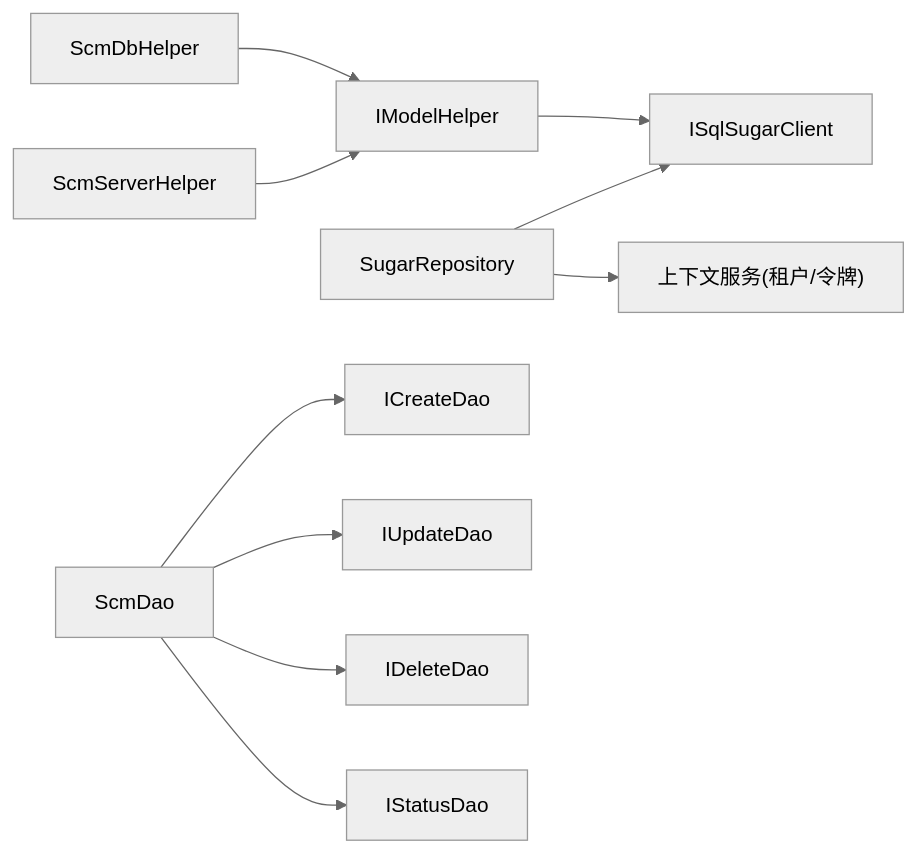
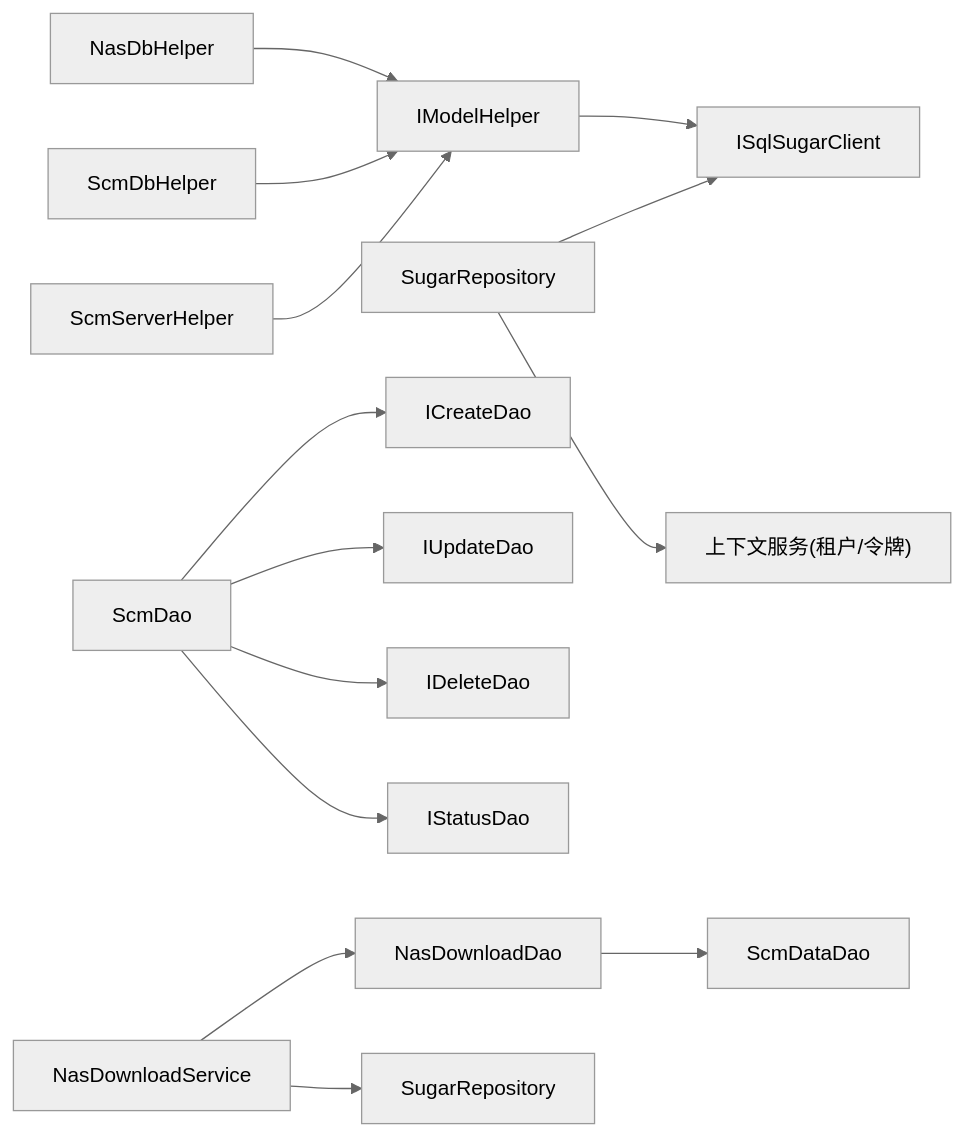
Before and after one commit to leadiot/Scm.Net: the eighth of 8 diagrams in .qoder/repowiki/zh/content/数据访问层/数据访问层.md, drawn with Mermaid (neutral theme). The commit also changed other lines of this file and 10 other files, not shown here.

````diff
--- a/.qoder/repowiki/zh/content/数据访问层/数据访问层.md
+++ b/.qoder/repowiki/zh/content/数据访问层/数据访问层.md
@@ -329,12 +478,16 @@
 ```mermaid
 graph LR
 SR["SugarRepository<T>"] --> Sugar["ISqlSugarClient"]
 SR --> Ctx["上下文服务(租户/令牌)"]
 IMH["IModelHelper"] --> Sugar
 SSH["ScmServerHelper"] --> IMH
 SDH["ScmDbHelper"] --> IMH
+NasDH["NasDbHelper"] --> IMH
 SDAO["ScmDao"] --> ICD["ICreateDao"]
 SDAO --> IUD["IUpdateDao"]
 SDAO --> IDD["IDeleteDao"]
 SDAO --> ISD["IStatusDao"]
+NDD["NasDownloadDao"] --> SDD["ScmDataDao"]
+NDS["NasDownloadService"] --> NDD
+NDS --> Repo["SugarRepository<NasDownloadDao>"]
 ```
````
